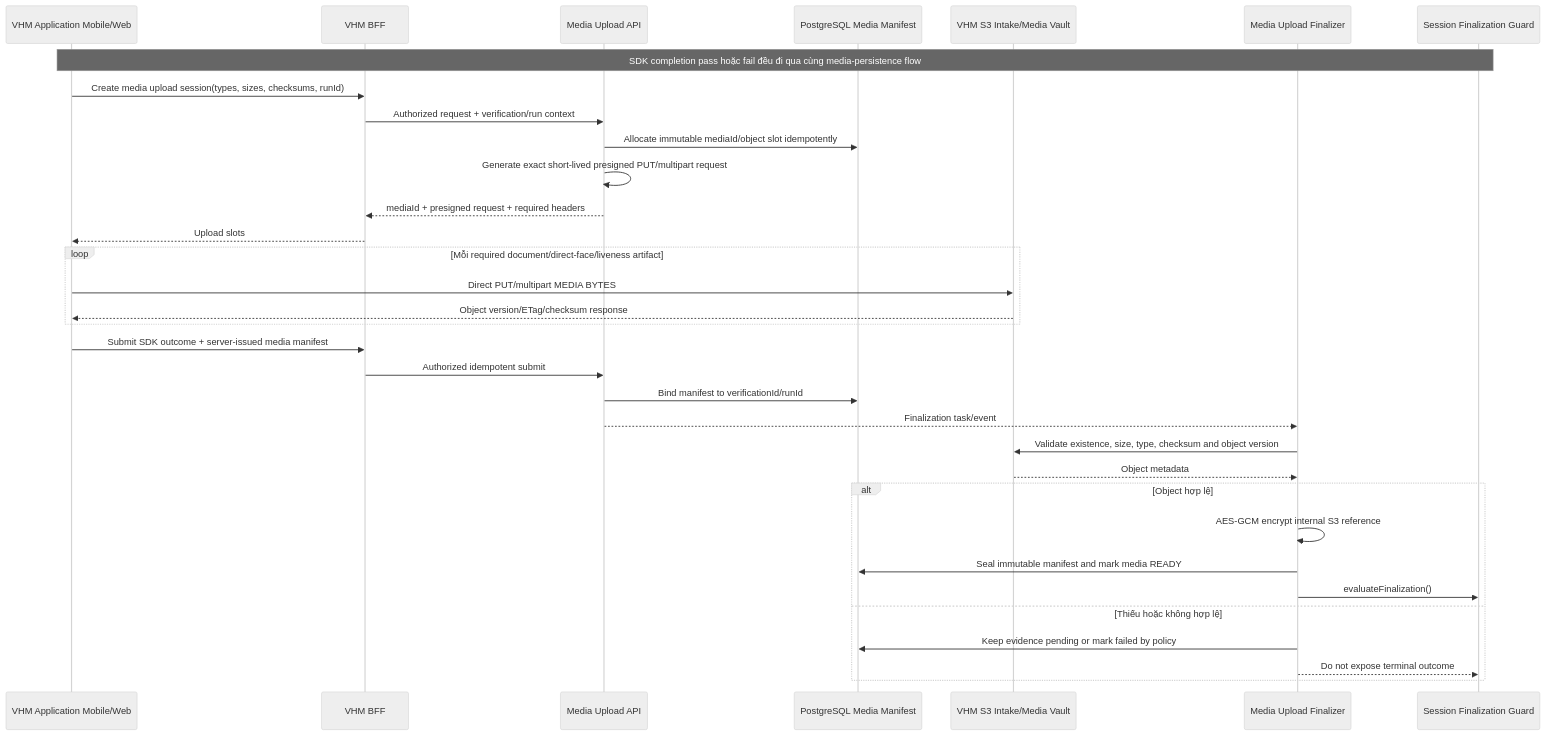
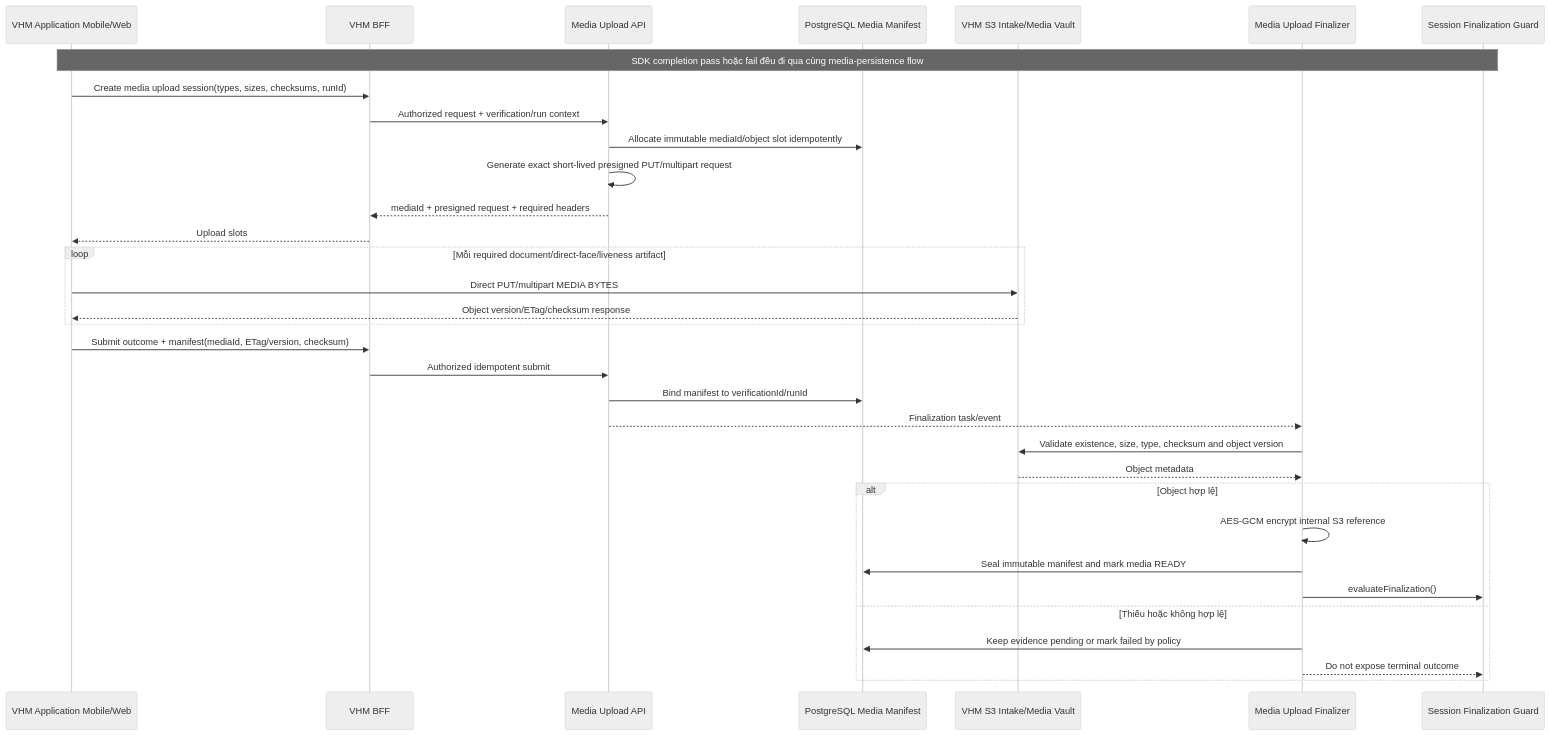
The fourth of 19 diagrams in tdd2.md (huynv-xyz/vhm), drawn with Mermaid (neutral theme) before and after one commit. The commit also changed other lines of this file, not shown here.

````diff
--- a/tdd2.md
+++ b/tdd2.md
@@ -535,36 +546,36 @@
 ```mermaid
 sequenceDiagram
     participant APP as VHM Application Mobile/Web
     participant BFF as VHM BFF
     participant UPLOAD as Media Upload API
     participant DB as PostgreSQL Media Manifest
     participant S3 as VHM S3 Intake/Media Vault
     participant FINALIZER as Media Upload Finalizer
     participant CORE as Session Finalization Guard
 
     Note over APP,CORE: SDK completion pass hoặc fail đều đi qua cùng media-persistence flow
     APP->>BFF: Create media upload session(types, sizes, checksums, runId)
     BFF->>UPLOAD: Authorized request + verification/run context
     UPLOAD->>DB: Allocate immutable mediaId/object slot idempotently
     UPLOAD->>UPLOAD: Generate exact short-lived presigned PUT/multipart request
     UPLOAD-->>BFF: mediaId + presigned request + required headers
     BFF-->>APP: Upload slots
     loop Mỗi required document/direct-face/liveness artifact
         APP->>S3: Direct PUT/multipart MEDIA BYTES
         S3-->>APP: Object version/ETag/checksum response
     end
-    APP->>BFF: Submit SDK outcome + server-issued media manifest
+    APP->>BFF: Submit outcome + manifest(mediaId, ETag/version, checksum)
     BFF->>UPLOAD: Authorized idempotent submit
     UPLOAD->>DB: Bind manifest to verificationId/runId
     UPLOAD-->>FINALIZER: Finalization task/event
     FINALIZER->>S3: Validate existence, size, type, checksum and object version
     S3-->>FINALIZER: Object metadata
     alt Object hợp lệ
         FINALIZER->>FINALIZER: AES-GCM encrypt internal S3 reference
         FINALIZER->>DB: Seal immutable manifest and mark media READY
         FINALIZER->>CORE: evaluateFinalization()
     else Thiếu hoặc không hợp lệ
         FINALIZER->>DB: Keep evidence pending or mark failed by policy
         FINALIZER-->>CORE: Do not expose terminal outcome
     end
 ```
````
